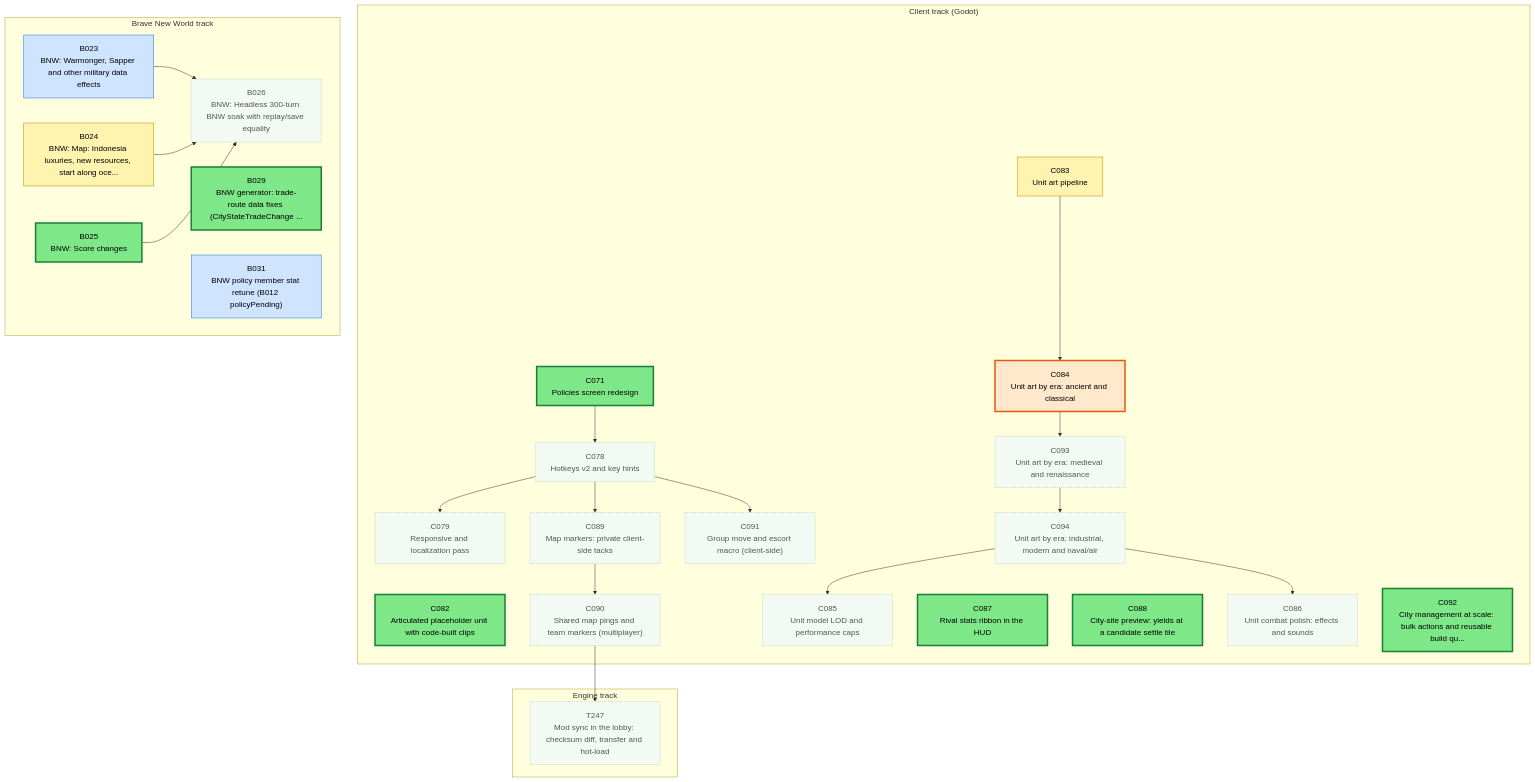
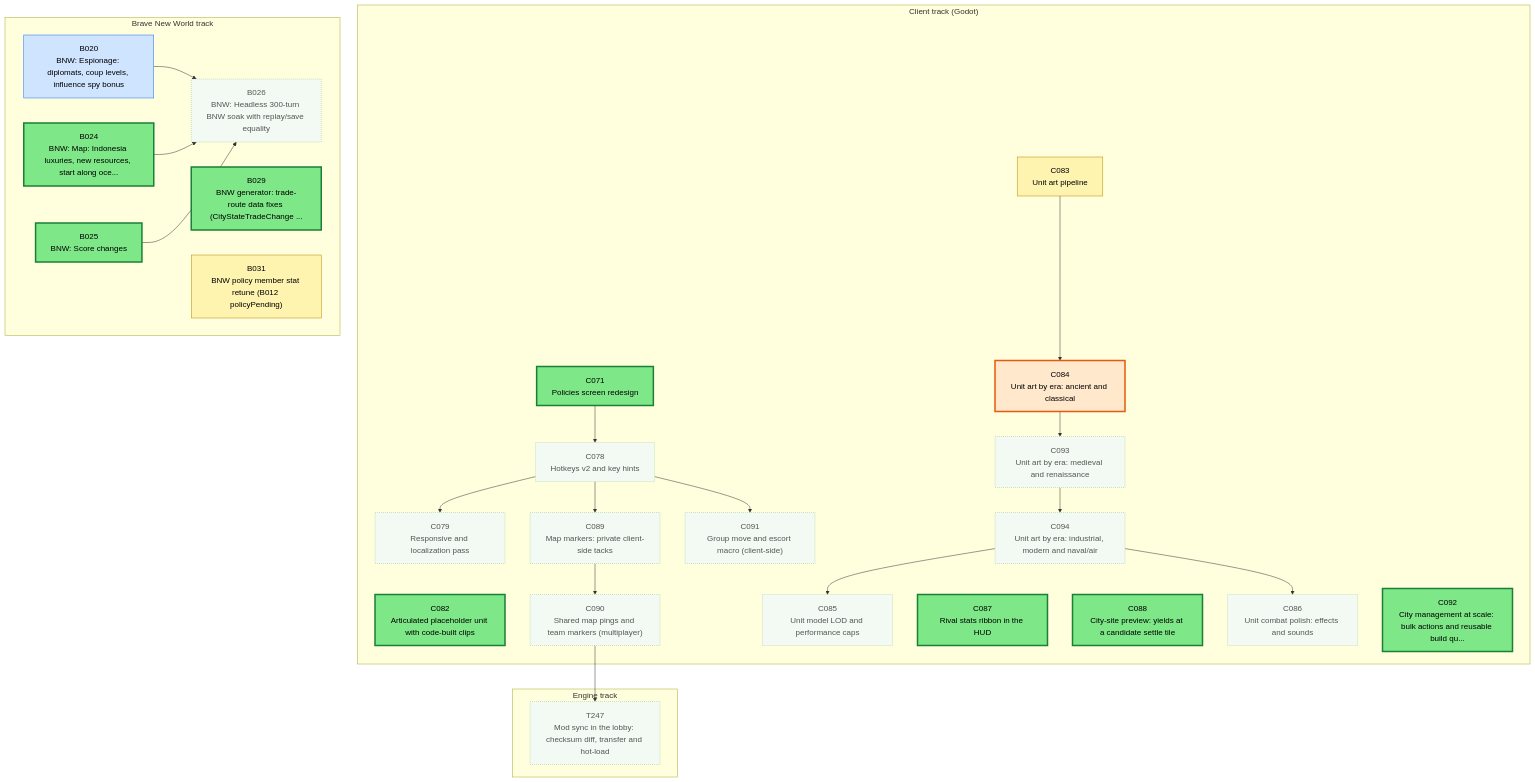
The first of 3 diagrams in csharp/migration/DEPENDENCY_MAP.md (Kenmura/Unciv), drawn with Mermaid before and after one commit. The commit also changed other lines of this file and 1 other file, not shown here.

Commit message:
migration: review B023 pass [Adversarial Review]

````diff
--- a/csharp/migration/DEPENDENCY_MAP.md
+++ b/csharp/migration/DEPENDENCY_MAP.md
@@ -25,76 +25,76 @@
 ```mermaid
 flowchart TD
   subgraph TTRACK["Engine track"]
     T247["T247<br/>Mod sync in the lobby: checksum diff, transfer and hot-load"]
   end
   subgraph CTRACK["Client track (Godot)"]
     C071["C071<br/>Policies screen redesign"]
     C078["C078<br/>Hotkeys v2 and key hints"]
     C079["C079<br/>Responsive and localization pass"]
     C082["C082<br/>Articulated placeholder unit with code-built clips"]
     C083["C083<br/>Unit art pipeline"]
     C084["C084<br/>Unit art by era: ancient and classical"]
     C085["C085<br/>Unit model LOD and performance caps"]
     C086["C086<br/>Unit combat polish: effects and sounds"]
     C087["C087<br/>Rival stats ribbon in the HUD"]
     C088["C088<br/>City-site preview: yields at a candidate settle tile"]
     C089["C089<br/>Map markers: private client-side tacks"]
     C090["C090<br/>Shared map pings and team markers (multiplayer)"]
     C091["C091<br/>Group move and escort macro (client-side)"]
     C092["C092<br/>City management at scale: bulk actions and reusable build qu..."]
     C093["C093<br/>Unit art by era: medieval and renaissance"]
     C094["C094<br/>Unit art by era: industrial, modern and naval/air"]
   end
   subgraph BTRACK["Brave New World track"]
-    B023["B023<br/>BNW: Warmonger, Sapper and other military data effects"]
+    B020["B020<br/>BNW: Espionage: diplomats, coup levels, influence spy bonus"]
     B024["B024<br/>BNW: Map: Indonesia luxuries, new resources, start along oce..."]
     B025["B025<br/>BNW: Score changes"]
     B026["B026<br/>BNW: Headless 300-turn BNW soak with replay/save equality"]
     B029["B029<br/>BNW generator: trade-route data fixes (CityStateTradeChange ..."]
     B031["B031<br/>BNW policy member stat retune (B012 policyPending)"]
   end
   C090 --> T247
   C071 --> C078
   C078 --> C079
   C083 --> C084
   C094 --> C085
   C094 --> C086
   C078 --> C089
   C089 --> C090
   C078 --> C091
   C084 --> C093
   C093 --> C094
-  B023 --> B026
+  B020 --> B026
   B024 --> B026
   B025 --> B026
   classDef waiting fill:#f3faf3,stroke:#9bc49b,color:#555,stroke-dasharray:2 2
   classDef ondeck fill:#ffe8cc,stroke:#e8590c,stroke-width:3px,color:#000
   classDef ready fill:#7ee787,stroke:#1a7f37,stroke-width:3px,color:#000
   classDef prog fill:#fff3b0,stroke:#b58900,color:#000
   classDef review fill:#cfe4ff,stroke:#1f6feb,color:#000
   classDef blocked fill:#ffd6d6,stroke:#c62828,color:#000
   classDef done fill:#eeeeee,stroke:#999999,color:#666,stroke-dasharray:4 3
-  class B023 review
-  class B024 prog
+  class B020 review
+  class B024 ready
   class B025 ready
   class B026 waiting
   class B029 ready
-  class B031 review
+  class B031 prog
   class C071 ready
   class C078 waiting
   class C079 waiting
   class C082 ready
   class C083 prog
   class C084 ondeck
   class C085 waiting
   class C086 waiting
   class C087 ready
   class C088 ready
   class C089 waiting
   class C090 waiting
   class C091 waiting
   class C092 ready
   class C093 waiting
   class C094 waiting
   class T247 waiting
 ```
````
